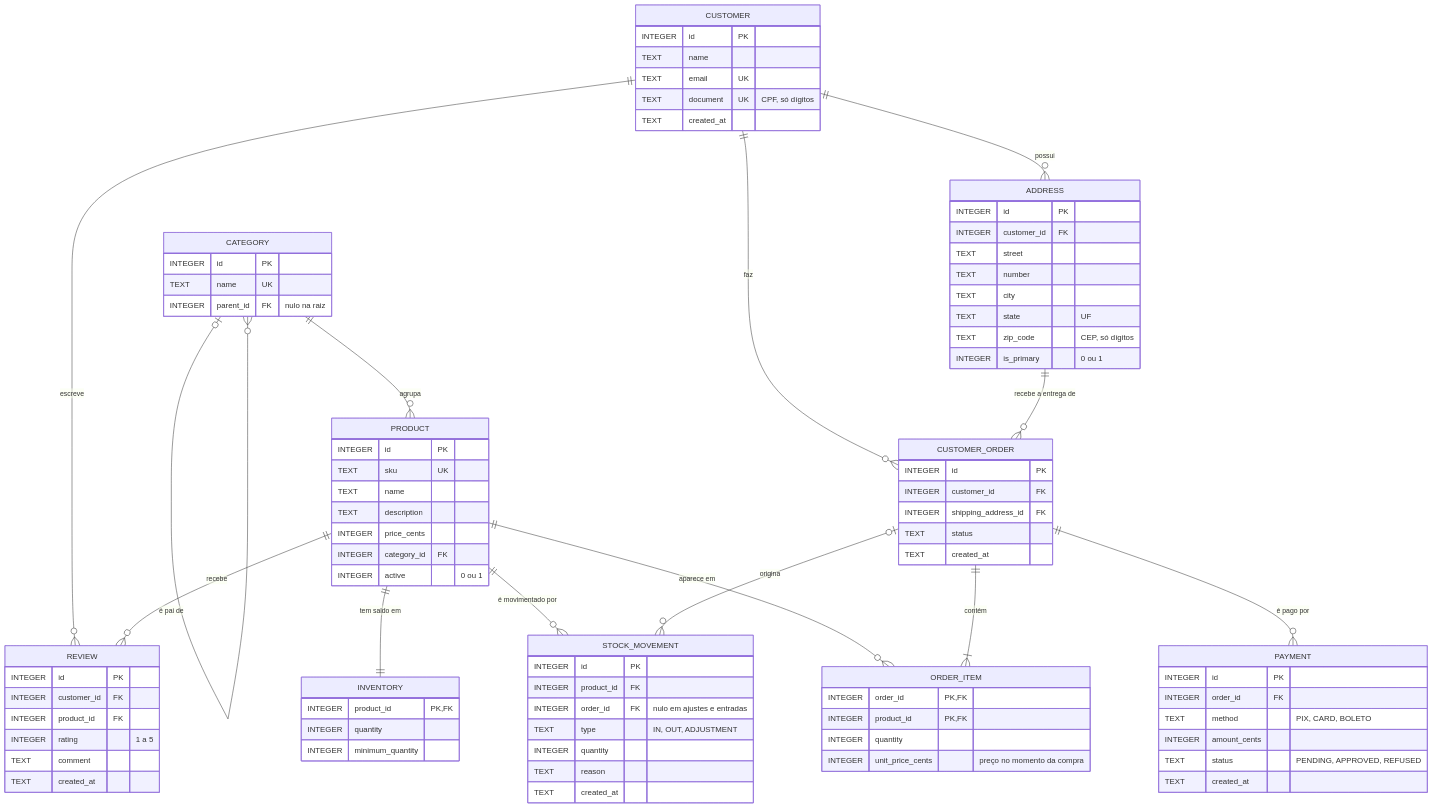
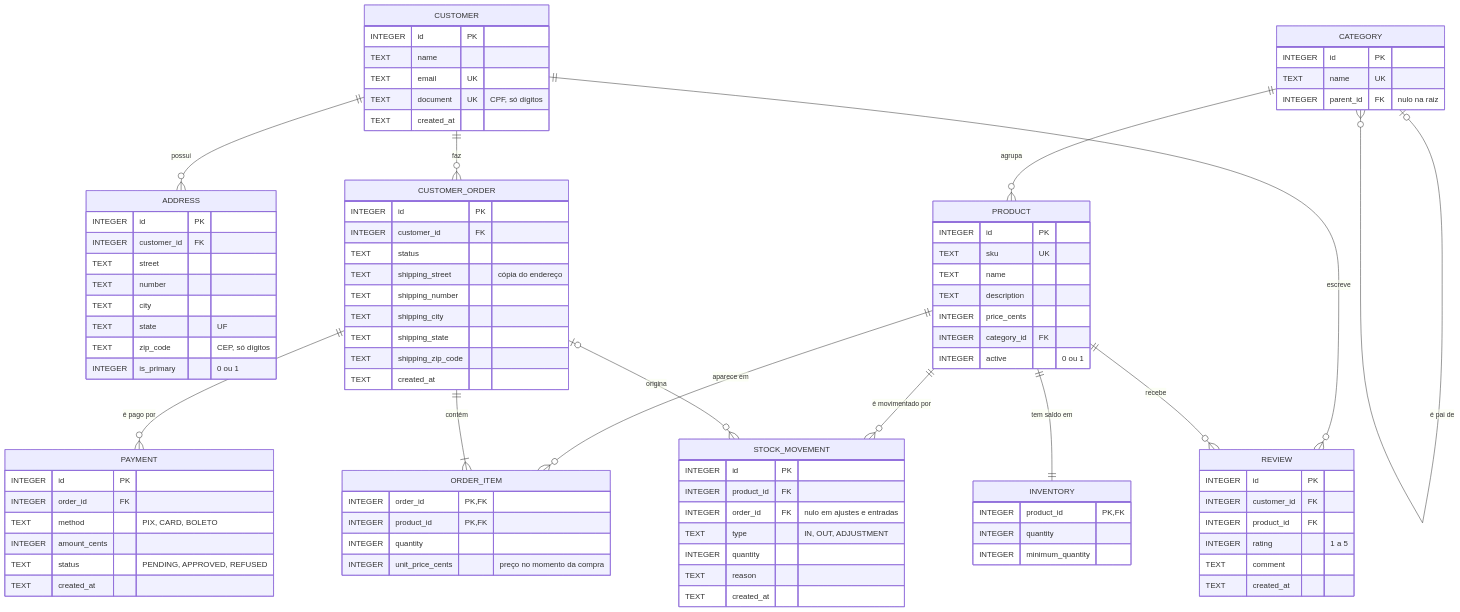
Before and after one commit to GustavoThe01/mercurium-sql: the diagram in docs/der.md, drawn with Mermaid. The commit also changed other lines of this file and 6 other files, not shown here.

First line of the commit message:
feat: Dia 03 — schema físico do banco (#2)

```diff
--- a/docs/der.md
+++ b/docs/der.md
@@ -10,7 +10,6 @@
     CUSTOMER ||--o{ ADDRESS : "possui"
     CUSTOMER ||--o{ CUSTOMER_ORDER : "faz"
     CUSTOMER ||--o{ REVIEW : "escreve"
-    ADDRESS ||--o{ CUSTOMER_ORDER : "recebe a entrega de"
     CATEGORY |o--o{ CATEGORY : "é pai de"
     CATEGORY ||--o{ PRODUCT : "agrupa"
     PRODUCT ||--|| INVENTORY : "tem saldo em"
@@ -69,8 +68,12 @@
     CUSTOMER_ORDER {
         INTEGER id PK
         INTEGER customer_id FK
-        INTEGER shipping_address_id FK
         TEXT status
+        TEXT shipping_street "cópia do endereço"
+        TEXT shipping_number
+        TEXT shipping_city
+        TEXT shipping_state
+        TEXT shipping_zip_code
         TEXT created_at
     }
     ORDER_ITEM {
```
